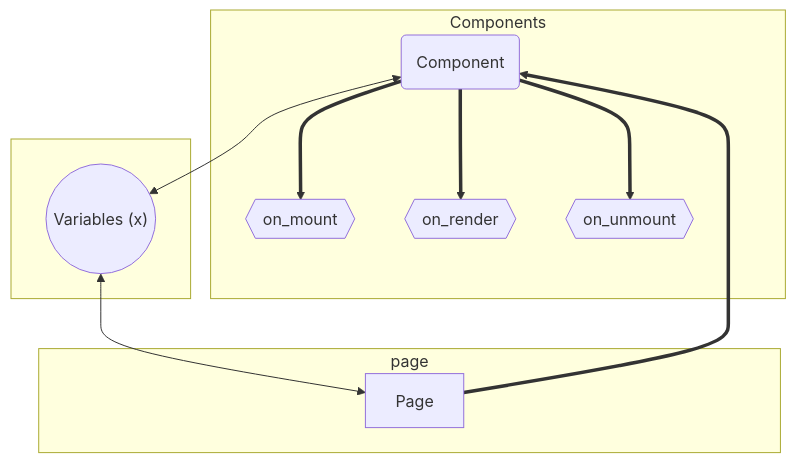
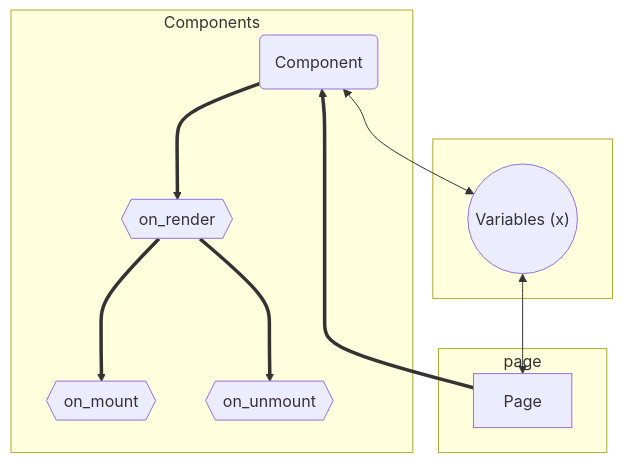
Before and after one commit to PyNetic/PyNetic: the diagram in Outline.md, drawn with Mermaid.

````diff
--- a/Outline.md
+++ b/Outline.md
@@ -21,18 +21,19 @@
 ```mermaid
 flowchart TB
   subgraph two [Components]
   C(Component)
-  C ==> M{{on_mount}}
   C ==> R{{on_render}}
-  C ==> U{{on_unmount}}
+  R ==> M{{on_mount}}
+  R ==> U{{on_unmount}}
+
   end
   subgraph three [ ]
   V(("Variables (x)"))
   end
   subgraph one [page]
   P[Page]
   V <--> P
   P ==> C
   C <--> V
   end
 ```
````
